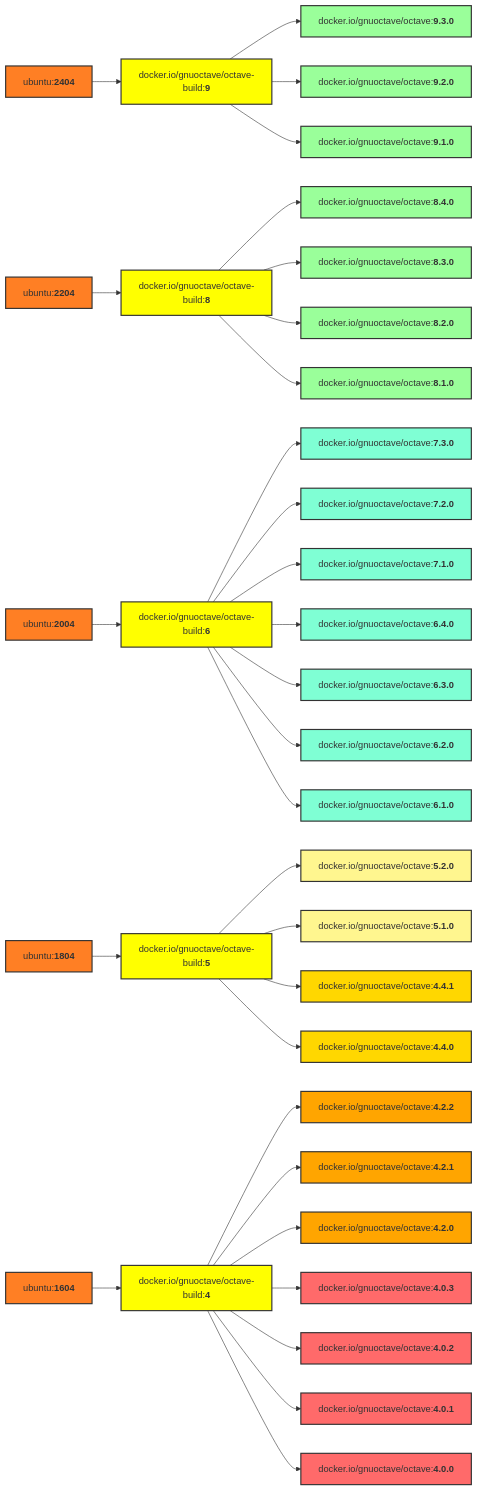
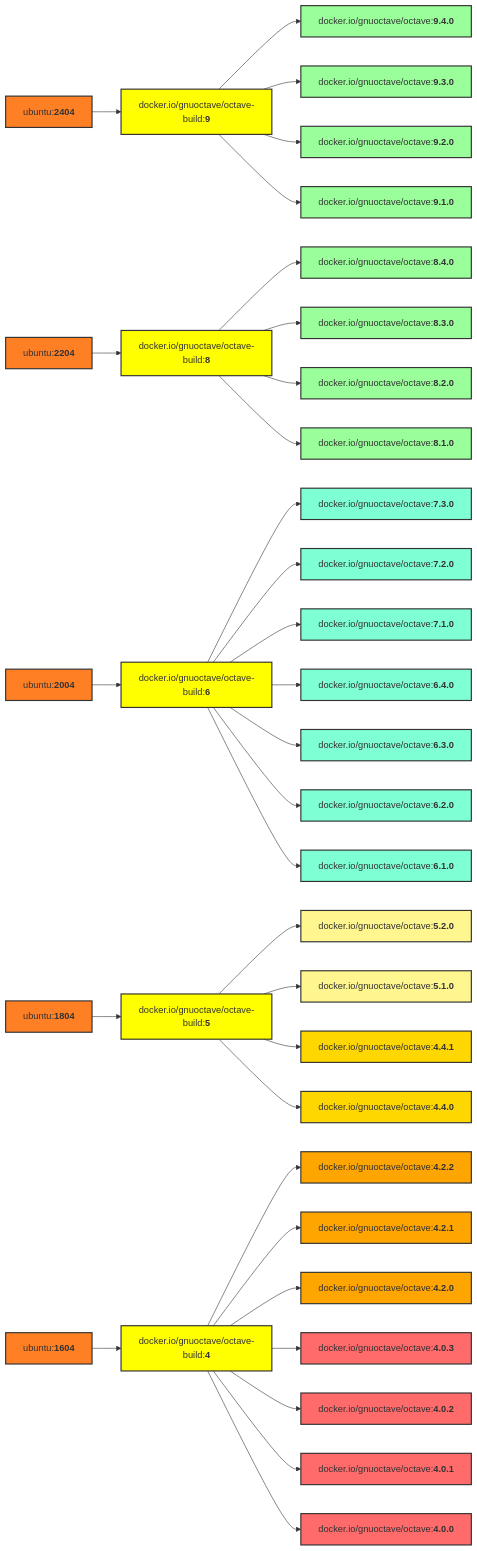
Before and after one commit to gnu-octave/docker: the diagram in README.md, drawn with Mermaid. The commit also changed other lines of this file and 2 other files, not shown here.

Commit message:
GNU Octave 9.4.0 release (2025-02-05)

````diff
--- a/README.md
+++ b/README.md
@@ -93,76 +93,78 @@
 ```mermaid
 graph LR
     U5[ubuntu:<b>2404</b>] --> b9[docker.io/gnuoctave/octave-build:<b>9</b>];
     U4[ubuntu:<b>2204</b>] --> b8[docker.io/gnuoctave/octave-build:<b>8</b>];
     U3[ubuntu:<b>2004</b>] --> b6[docker.io/gnuoctave/octave-build:<b>6</b>];
     U2[ubuntu:<b>1804</b>] --> b5[docker.io/gnuoctave/octave-build:<b>5</b>];
     U1[ubuntu:<b>1604</b>] --> b4[docker.io/gnuoctave/octave-build:<b>4</b>];
+    b9 --> v940[docker.io/gnuoctave/octave:<b>9.4.0</b>];
     b9 --> v930[docker.io/gnuoctave/octave:<b>9.3.0</b>];
     b9 --> v920[docker.io/gnuoctave/octave:<b>9.2.0</b>];
     b9 --> v910[docker.io/gnuoctave/octave:<b>9.1.0</b>];
     b8 --> v840[docker.io/gnuoctave/octave:<b>8.4.0</b>];
     b8 --> v830[docker.io/gnuoctave/octave:<b>8.3.0</b>];
     b8 --> v820[docker.io/gnuoctave/octave:<b>8.2.0</b>];
     b8 --> v810[docker.io/gnuoctave/octave:<b>8.1.0</b>];
     b6 --> v730[docker.io/gnuoctave/octave:<b>7.3.0</b>];
     b6 --> v720[docker.io/gnuoctave/octave:<b>7.2.0</b>];
     b6 --> v710[docker.io/gnuoctave/octave:<b>7.1.0</b>];
     b6 --> v640[docker.io/gnuoctave/octave:<b>6.4.0</b>];
     b6 --> v630[docker.io/gnuoctave/octave:<b>6.3.0</b>];
     b6 --> v620[docker.io/gnuoctave/octave:<b>6.2.0</b>];
     b6 --> v610[docker.io/gnuoctave/octave:<b>6.1.0</b>];
     b5 --> v520[docker.io/gnuoctave/octave:<b>5.2.0</b>];
     b5 --> v510[docker.io/gnuoctave/octave:<b>5.1.0</b>];
     b5 --> v441[docker.io/gnuoctave/octave:<b>4.4.1</b>];
     b5 --> v440[docker.io/gnuoctave/octave:<b>4.4.0</b>];
     b4 --> v422[docker.io/gnuoctave/octave:<b>4.2.2</b>];
     b4 --> v421[docker.io/gnuoctave/octave:<b>4.2.1</b>];
     b4 --> v420[docker.io/gnuoctave/octave:<b>4.2.0</b>];
     b4 --> v403[docker.io/gnuoctave/octave:<b>4.0.3</b>];
     b4 --> v402[docker.io/gnuoctave/octave:<b>4.0.2</b>];
     b4 --> v401[docker.io/gnuoctave/octave:<b>4.0.1</b>];
     b4 --> v400[docker.io/gnuoctave/octave:<b>4.0.0</b>];
     classDef U fill:#ff7f24,stroke:#333,stroke-width:2px;
     class U1 U;
     class U2 U;
     class U3 U;
     class U4 U;
     class U5 U;
     classDef b fill:#ff0,stroke:#333,stroke-width:2px;
     class b4 b;
     class b5 b;
     class b6 b;
     class b8 b;
     class b9 b;
     classDef age1 fill:#9aff9a,stroke:#333,stroke-width:2px;
     classDef age2 fill:#7fffd4,stroke:#333,stroke-width:2px;
     classDef age3 fill:#fff68f,stroke:#333,stroke-width:2px;
     classDef age4 fill:#ffd700,stroke:#333,stroke-width:2px;
     classDef age5 fill:#ffa500,stroke:#333,stroke-width:2px;
     classDef age6 fill:#ff6a6a,stroke:#333,stroke-width:2px;
+    class v940 age1;
     class v930 age1;
     class v920 age1;
     class v910 age1;
     class v840 age1;
     class v830 age1;
     class v820 age1;
     class v810 age1;
     class v730 age2;
     class v720 age2;
     class v710 age2;
     class v640 age2;
     class v630 age2;
     class v620 age2;
     class v610 age2;
     class v520 age3;
     class v510 age3;
     class v441 age4;
     class v440 age4;
     class v422 age5;
     class v421 age5;
     class v420 age5;
     class v403 age6;
     class v402 age6;
     class v401 age6;
     class v400 age6;
 ```
````
